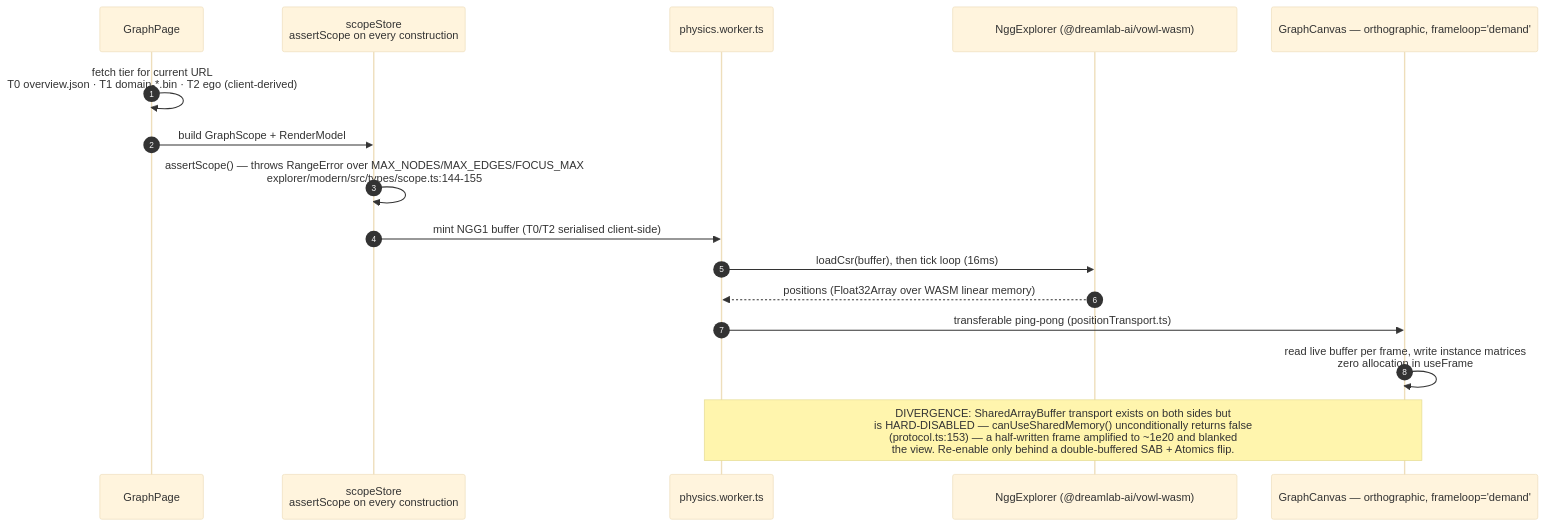
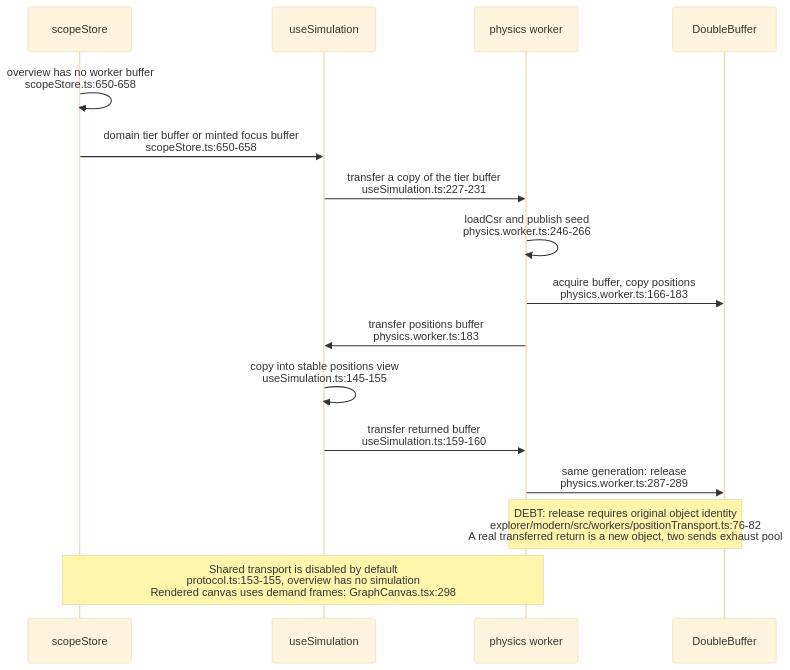
Before and after one commit to DreamLab-AI/VisionFlow: the second of 5 diagrams in docs/diagrams/knowledgegraph/04-explorer-and-site-build.md, drawn with Mermaid (base theme). The commit also changed other lines of this file and 18 other files, not shown here.

Commit message:
docs: assess retained explorer transfer and content contracts

````diff
--- a/docs/diagrams/knowledgegraph/04-explorer-and-site-build.md
+++ b/docs/diagrams/knowledgegraph/04-explorer-and-site-build.md
@@ -42,19 +59,18 @@
 ```mermaid
 sequenceDiagram
-    autonumber
-    participant GP as GraphPage
-    participant SCOPE as scopeStore<br/>assertScope on every construction
-    participant WK as physics.worker.ts
-    participant NGG as NggExplorer #40;@dreamlab-ai/vowl-wasm#41;
-    participant CANVAS as GraphCanvas — orthographic, frameloop='demand'
-
-    GP->>GP: fetch tier for current URL<br/>T0 overview.json · T1 domain-*.bin · T2 ego #40;client-derived#41;
-    GP->>SCOPE: build GraphScope + RenderModel
-    SCOPE->>SCOPE: assertScope#40;#41; — throws RangeError over MAX_NODES/MAX_EDGES/FOCUS_MAX<br/>explorer/modern/src/types/scope.ts:144-155
-    SCOPE->>WK: mint NGG1 buffer #40;T0/T2 serialised client-side#41;
-    WK->>NGG: loadCsr#40;buffer#41;, then tick loop #40;16ms#41;
-    NGG-->>WK: positions #40;Float32Array over WASM linear memory#41;
-    WK->>CANVAS: transferable ping-pong #40;positionTransport.ts#41;
-    CANVAS->>CANVAS: read live buffer per frame, write instance matrices<br/>zero allocation in useFrame
-    Note over WK,CANVAS: DIVERGENCE: SharedArrayBuffer transport exists on both sides but<br/>is HARD-DISABLED — canUseSharedMemory#40;#41; unconditionally returns false<br/>#40;protocol.ts:153#41; — a half-written frame amplified to ~1e20 and blanked<br/>the view. Re-enable only behind a double-buffered SAB + Atomics flip.
+    participant S as scopeStore
+    participant H as useSimulation
+    participant W as physics worker
+    participant P as DoubleBuffer
+    S->>S: overview has no worker buffer<br/>scopeStore.ts:650-658
+    S->>H: domain tier buffer or minted focus buffer<br/>scopeStore.ts:650-658
+    H->>W: transfer a copy of the tier buffer<br/>useSimulation.ts:227-231
+    W->>W: loadCsr and publish seed<br/>physics.worker.ts:246-266
+    W->>P: acquire buffer, copy positions<br/>physics.worker.ts:166-183
+    W->>H: transfer positions buffer<br/>physics.worker.ts:183
+    H->>H: copy into stable positions view<br/>useSimulation.ts:145-155
+    H->>W: transfer returned buffer<br/>useSimulation.ts:159-160
+    W->>P: same generation: release<br/>physics.worker.ts:287-289
+    Note over W,P: DEBT: release requires original object identity<br/>explorer/modern/src/workers/positionTransport.ts:76-82<br/>A real transferred return is a new object, two sends exhaust pool
+    Note over S,W: Shared transport is disabled by default<br/>protocol.ts:153-155, overview has no simulation<br/>Rendered canvas uses demand frames: GraphCanvas.tsx:298
 ```
````
